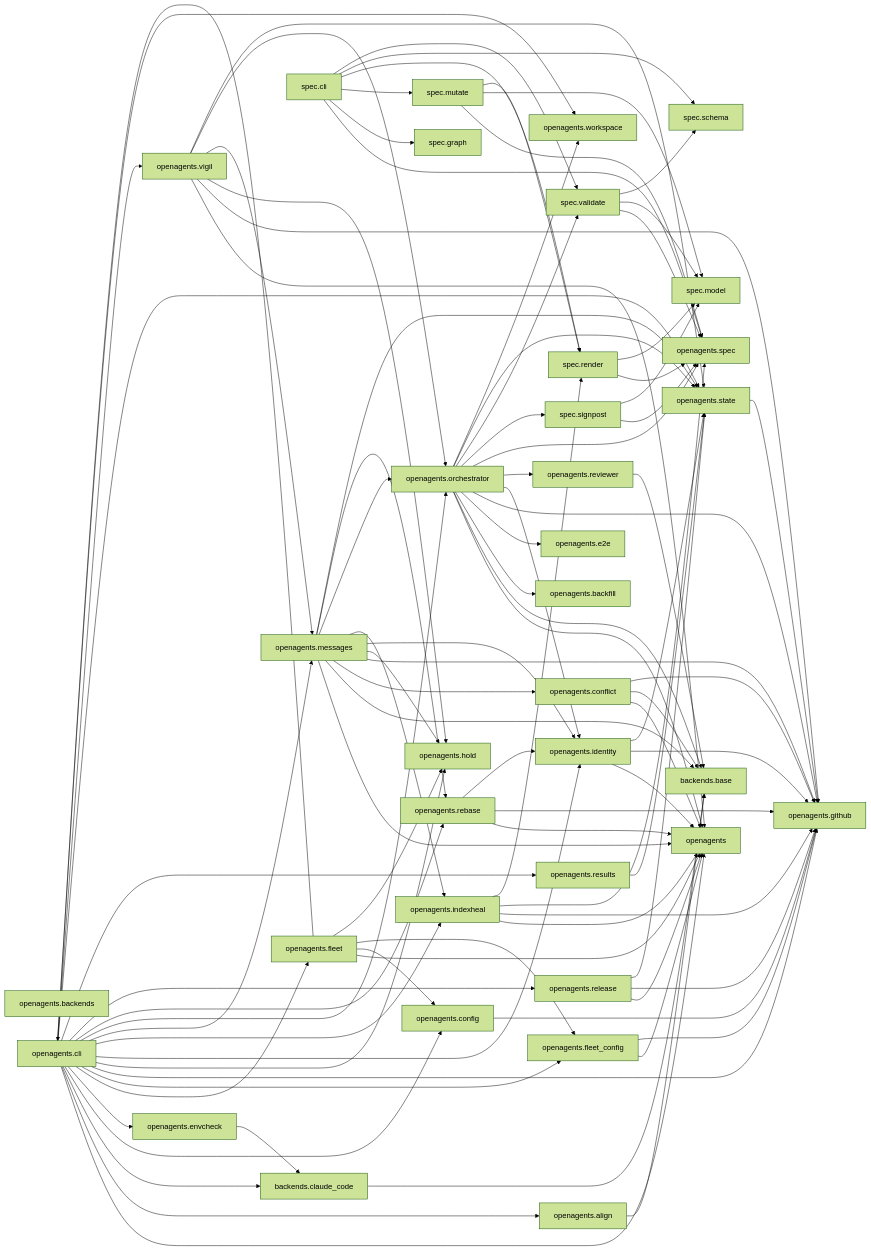
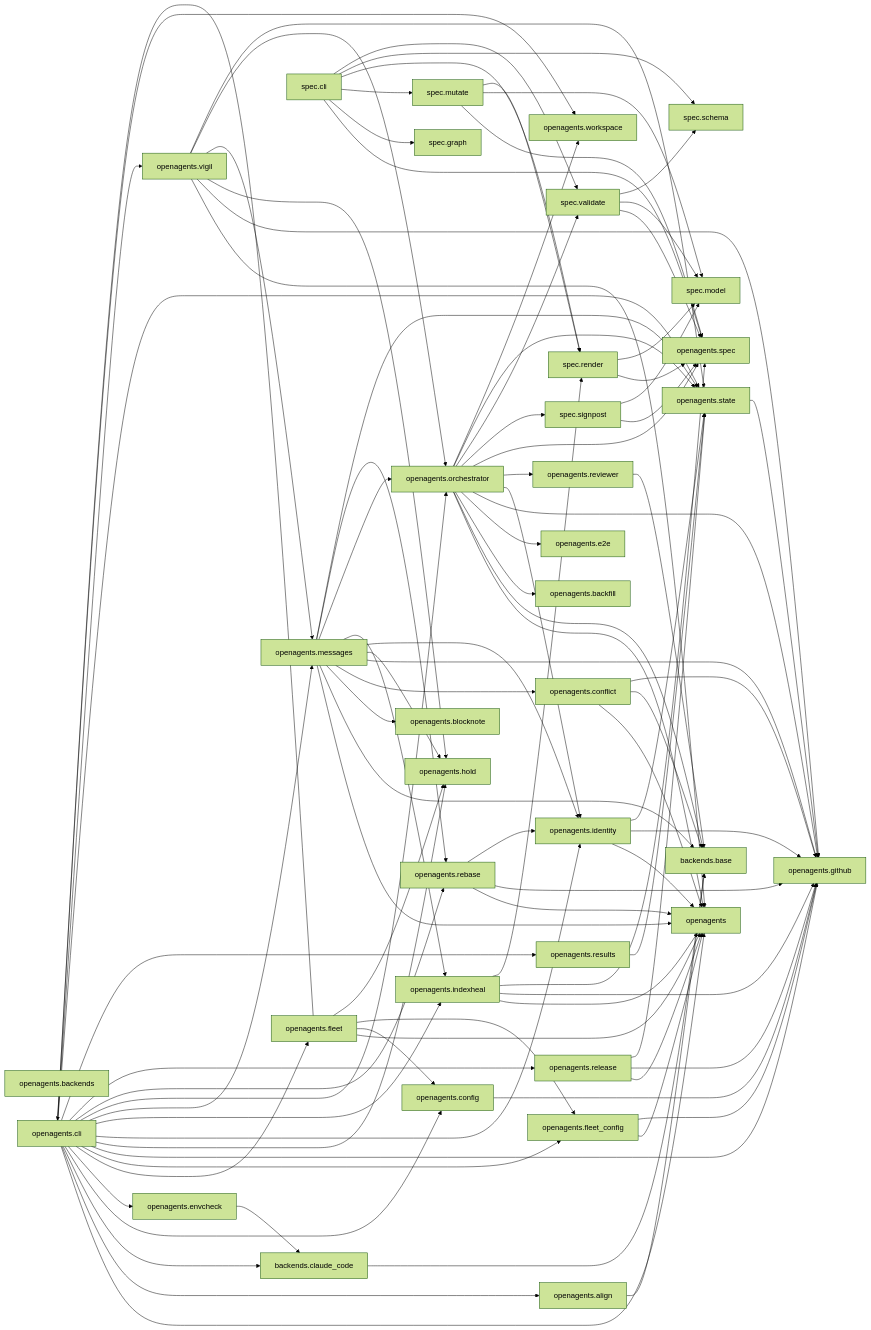
One commit to Curry09/OpenAgents changed the diagram in docs/specs/ARCHITECTURE.md. Above: the diagram before and after it, drawn with Mermaid (forest theme). The commit also changed other lines of this file and 16 other files, not shown here.

```diff
--- a/docs/specs/ARCHITECTURE.md
+++ b/docs/specs/ARCHITECTURE.md
@@ -70,6 +71,7 @@
     nopenagents_backends_base["backends.base"]
     nopenagents_backends_claude_code["backends.claude_code"]
     nopenagents_backfill["openagents.backfill"]
+    nopenagents_blocknote["openagents.blocknote"]
     nopenagents_cli["openagents.cli"]
     nopenagents_config["openagents.config"]
     nopenagents_conflict["openagents.conflict"]
@@ -141,6 +143,7 @@
     nopenagents_indexheal --> nopenagents_spec_render
     nopenagents_messages --> nopenagents
     nopenagents_messages --> nopenagents_backends_base
+    nopenagents_messages --> nopenagents_blocknote
     nopenagents_messages --> nopenagents_conflict
     nopenagents_messages --> nopenagents_github
     nopenagents_messages --> nopenagents_hold
```
